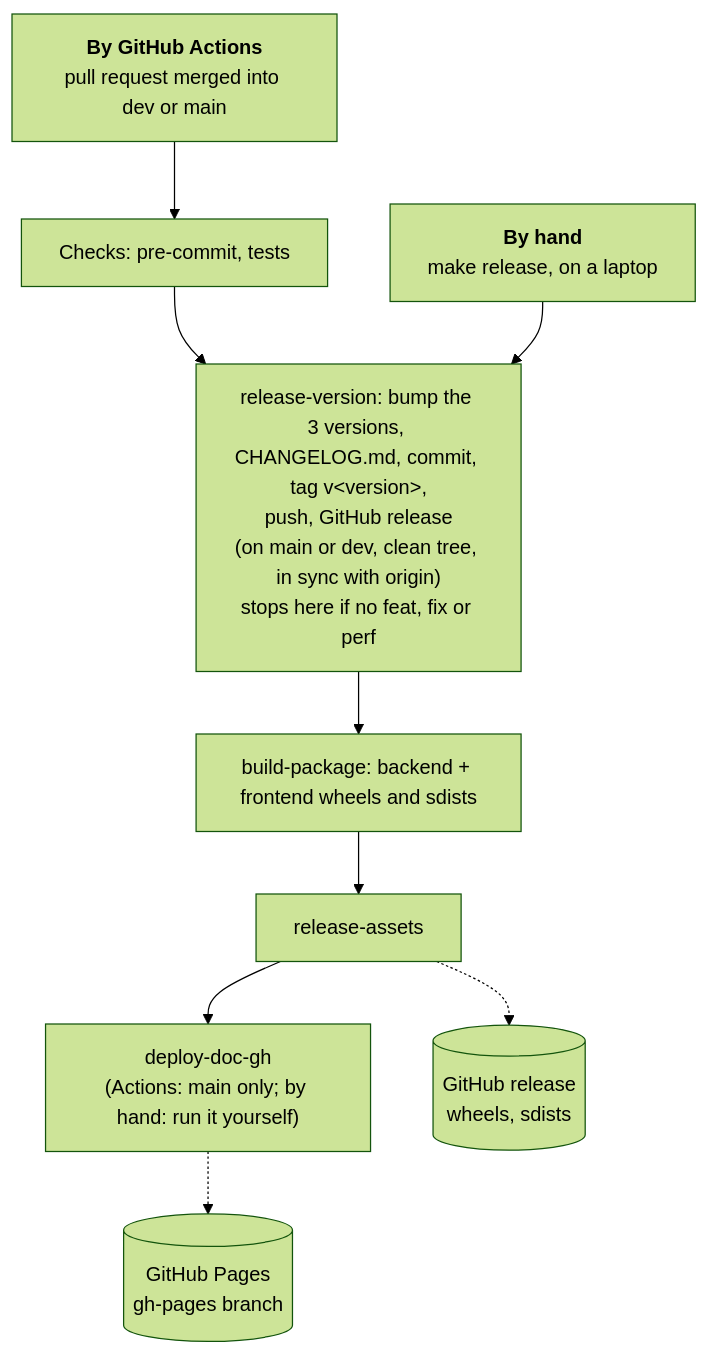
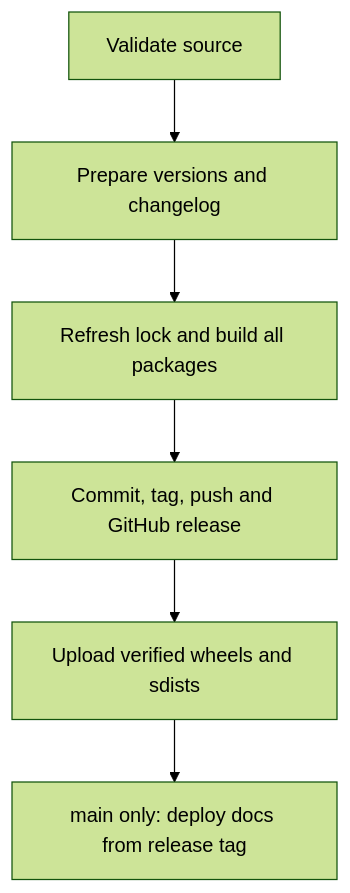
The diagram in docs/developer/5.release.md (AmineDjeghri/generative-ai-project-template), drawn with Mermaid (forest theme) before and after one commit. The commit also changed other lines of this file and 70 other files, not shown here.

````diff
--- a/docs/developer/5.release.md
+++ b/docs/developer/5.release.md
@@ -8,18 +16,8 @@
 ```mermaid
-flowchart TB
-    hand["<b>By hand</b><br/>make release, on a laptop"]
-    ci["<b>By GitHub Actions</b><br/>pull request merged into dev or main"]
-    checks["Checks: pre-commit, tests"]
-    ver["release-version: bump the 3 versions, CHANGELOG.md, commit, tag v&lt;version&gt;,<br/>push, GitHub release<br/>(on main or dev, clean tree, in sync with origin)<br/>stops here if no feat, fix or perf"]
-    build["build-package: backend + frontend wheels and sdists"]
-    assets["release-assets"]
-    docs["deploy-doc-gh<br/>(Actions: main only; by hand: run it yourself)"]
-    gh[("GitHub release<br/>wheels, sdists")]
-    pages[("GitHub Pages<br/>gh-pages branch")]
-
-    ci --> checks --> ver
-    hand --> ver
-    ver --> build --> assets --> docs
-    assets -.-> gh
-    docs -.-> pages
+flowchart TD
+    checks["Validate source"] --> prepare["Prepare versions and changelog"]
+    prepare --> build["Refresh lock and build all packages"]
+    build --> publish["Commit, tag, push and GitHub release"]
+    publish --> assets["Upload verified wheels and sdists"]
+    assets --> docs["main only: deploy docs from release tag"]
 ```
````
